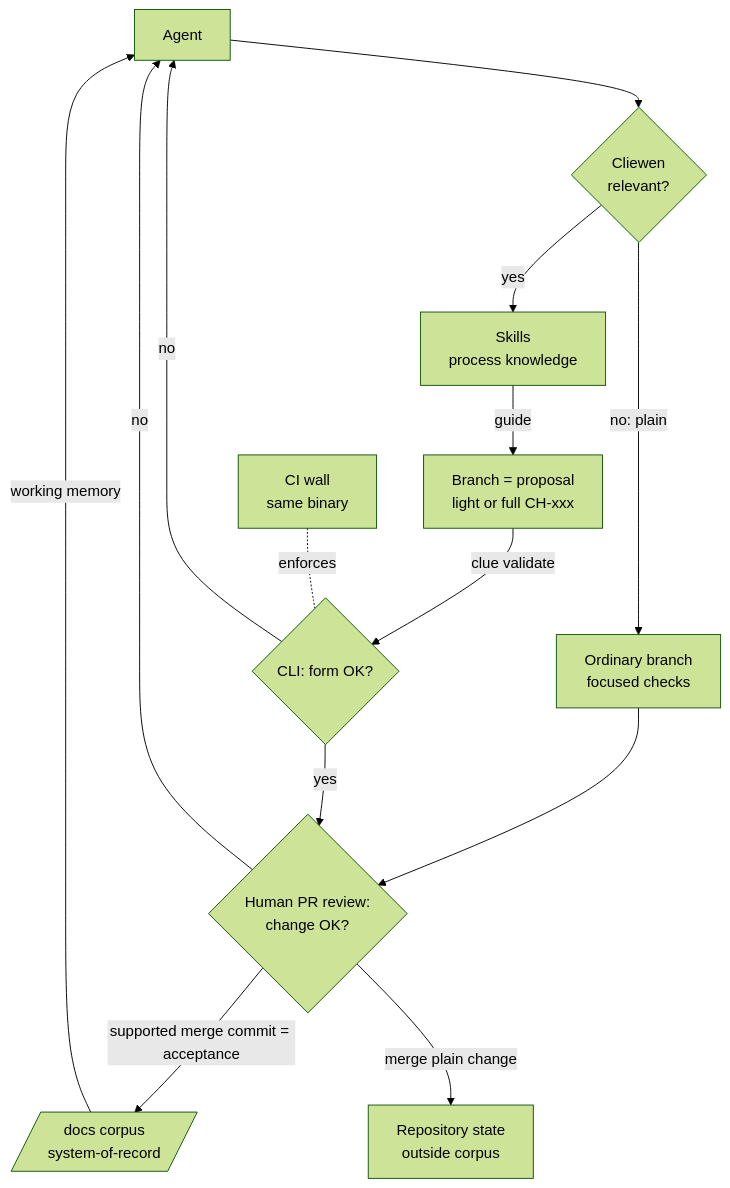
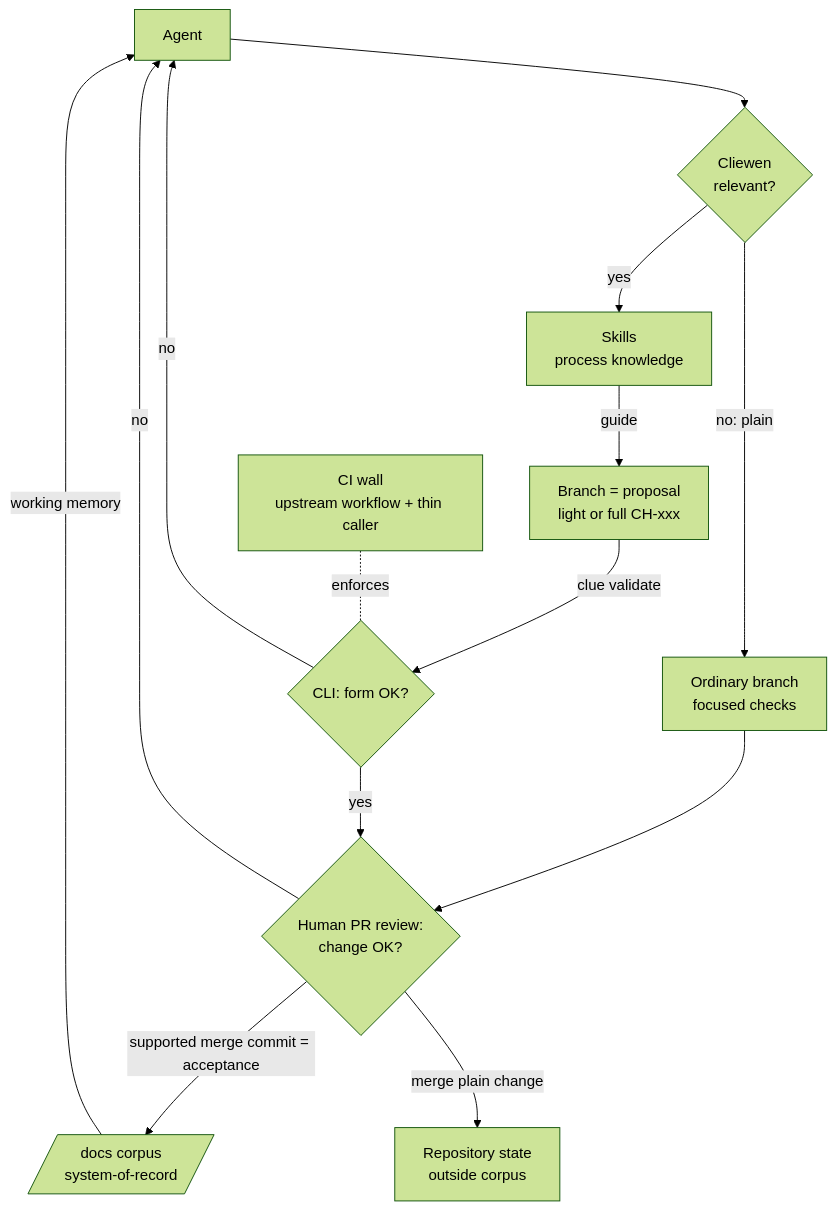
One commit to cliewen/cliewen changed the first of 2 diagrams in docs/architecture/architecture.md. Above: the diagram before and after it, drawn with Mermaid (forest theme). The commit also changed 32 other files, not shown here.

````diff
--- a/docs/architecture/architecture.md
+++ b/docs/architecture/architecture.md
@@ -24,16 +24,16 @@
 ```mermaid
 flowchart TD
     A[Agent] --> Q{Cliewen<br/>relevant?}
     Q -->|no: plain| P[Ordinary branch<br/>focused checks]
     P --> H{Human PR review:<br/>change OK?}
     Q -->|yes| S[Skills<br/>process knowledge]
     S -->|guide| B[Branch = proposal<br/>light or full CH-xxx]
     B -->|clue validate| C{CLI: form OK?}
     C -->|no| A
     C -->|yes| H
     H -->|no| A
     H -->|supported merge commit = acceptance| D[/docs corpus<br/>system-of-record/]
     H -->|merge plain change| R[Repository state<br/>outside corpus]
     D -->|working memory| A
-    W[CI wall<br/>same binary] -.enforces.- C
+    W[CI wall<br/>upstream workflow + thin caller] -.enforces.- C
 ```
````
